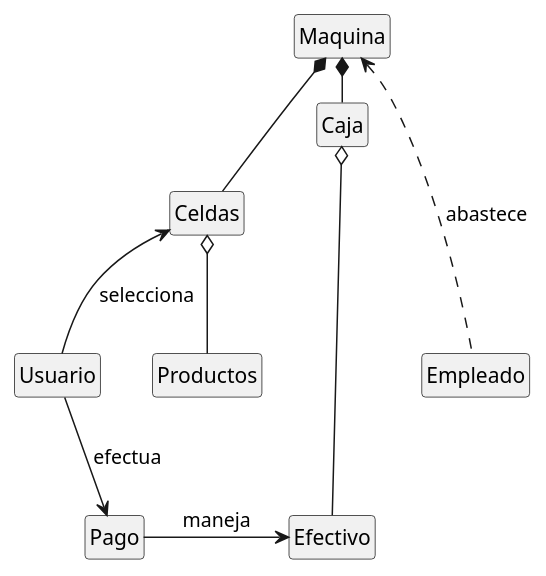
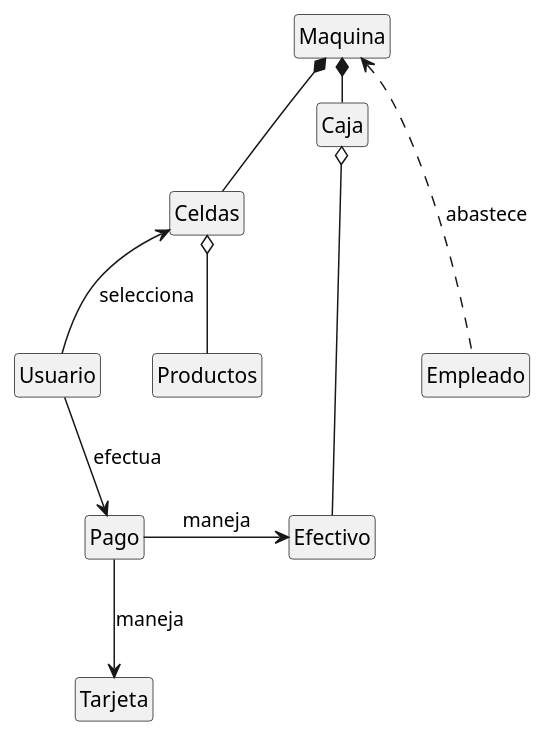
Before and after one commit to mmasias/24-25-IdSw2-SDD: the diagram in documentos/modeloDeDominio/diagramaDeClases/diagramaDeClasesRelaciones.puml, drawn with PlantUML. The commit also changed 1 other file, not shown here.

Commit message:
Refactor: Actualizar diagrama de clases para incluir la clase Tarjeta y sus relaciones

```diff
--- a/documentos/modeloDeDominio/diagramaDeClases/diagramaDeClasesRelaciones.puml
+++ b/documentos/modeloDeDominio/diagramaDeClases/diagramaDeClasesRelaciones.puml
@@ -1,23 +1,25 @@
-@startuml diagramaDeClases
+@startuml diagramaDeClasesRelaciones
 hide empty members
 hide circles
 
 class Maquina
 class Pago
 class Efectivo
+class Tarjeta
 class Usuario
 class Productos
 class Celdas
 class Empleado
 class Caja
 
 Maquina *-- Celdas
 Maquina *-r- Caja
 Caja o-- Efectivo  
 Celdas o-- Productos
 Usuario -U-> Celdas : selecciona 
 Usuario --> Pago : efectua 
 Empleado .U..> Maquina : abastece
 Pago -r-> Efectivo : maneja
+Pago -d-> Tarjeta : maneja
 
 @enduml
```
